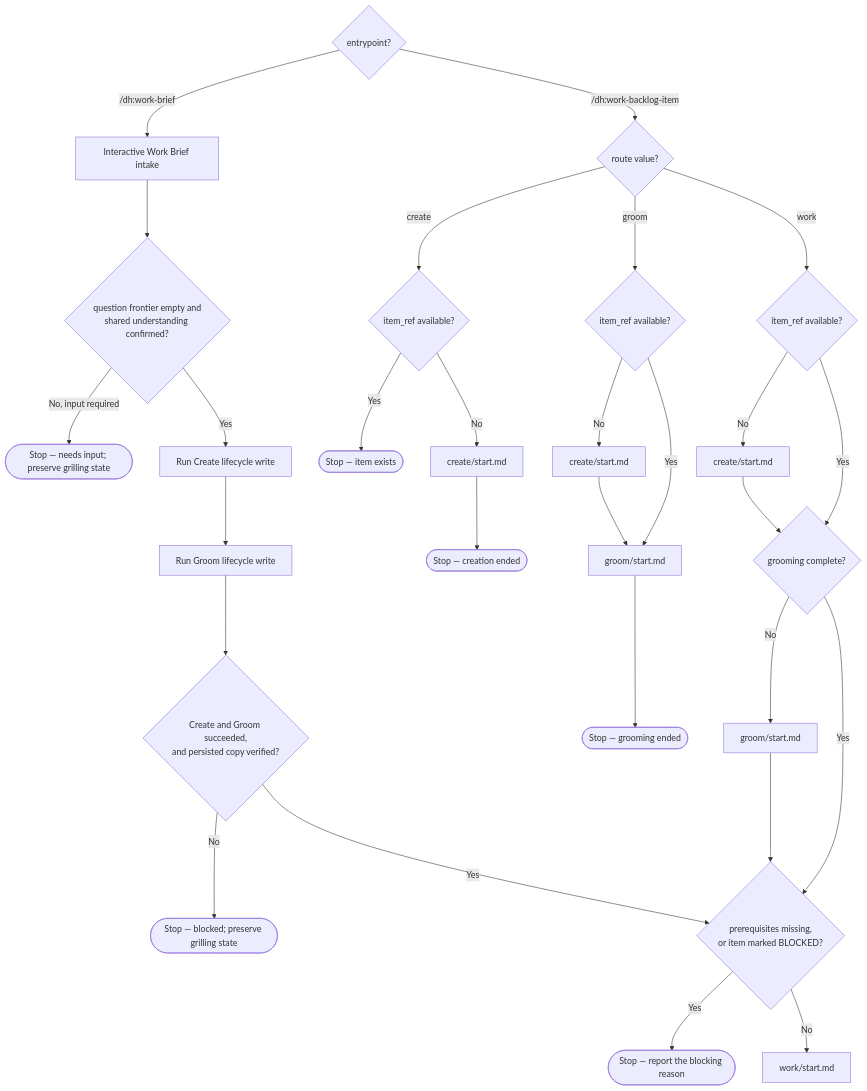
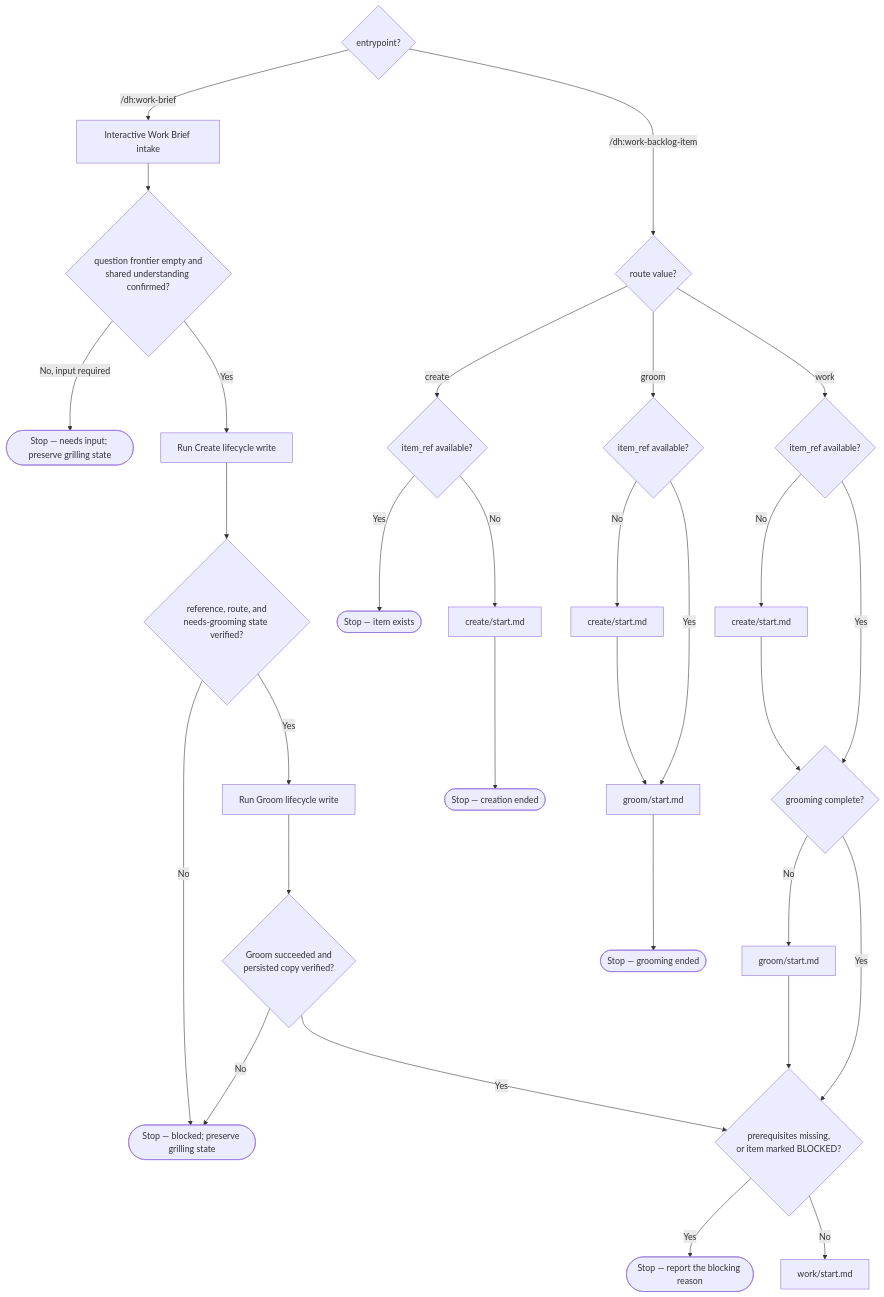
The second of 2 diagrams in plugins/development-harness/docs/backlog-lifecycle.md (Jamie-BitFlight/claude_skills), drawn with Mermaid before and after one commit. The commit also changed other lines of this file and 8 other files, not shown here.

````diff
--- a/plugins/development-harness/docs/backlog-lifecycle.md
+++ b/plugins/development-harness/docs/backlog-lifecycle.md
@@ -138,35 +140,37 @@
 ```mermaid
 flowchart TD
     Entry{"entrypoint?"}
     Entry -->|/dh:work-brief| BriefIntake["Interactive Work Brief intake"]
     BriefIntake --> BriefReady{"question frontier empty and<br>shared understanding confirmed?"}
     BriefReady -->|No, input required| BriefInput(["Stop — needs input; preserve grilling state"])
     BriefReady -->|Yes| BriefCreate["Run Create lifecycle write"]
-    BriefCreate --> BriefGroom["Run Groom lifecycle write"]
-    BriefGroom --> BriefPersisted{"Create and Groom succeeded,<br>and persisted copy verified?"}
-    BriefPersisted -->|No| BriefBlocked(["Stop — blocked; preserve grilling state"])
+    BriefCreate --> BriefCreated{"reference, route, and<br>needs-grooming state verified?"}
+    BriefCreated -->|No| BriefBlocked(["Stop — blocked; preserve grilling state"])
+    BriefCreated -->|Yes| BriefGroom["Run Groom lifecycle write"]
+    BriefGroom --> BriefPersisted{"Groom succeeded and<br>persisted copy verified?"}
+    BriefPersisted -->|No| BriefBlocked
     BriefPersisted -->|Yes| WorkGate
     Entry -->|/dh:work-backlog-item| Route
 
     Route{"route value?"}
     Route -->|create| CreateRef{"item_ref available?"}
     CreateRef -->|Yes| CreateSkip(["Stop — item exists"])
     CreateRef -->|No| Create["create/start.md"]
     Create --> CreateEnd(["Stop — creation ended"])
 
     Route -->|groom| GroomRef{"item_ref available?"}
     GroomRef -->|No| GroomCreate["create/start.md"]
     GroomCreate --> Groom
     GroomRef -->|Yes| Groom["groom/start.md"]
     Groom --> GroomEnd(["Stop — grooming ended"])
 
     Route -->|work| WorkRef{"item_ref available?"}
     WorkRef -->|No| WorkCreate["create/start.md"]
     WorkCreate --> WorkGroomed
     WorkRef -->|Yes| WorkGroomed{"grooming complete?"}
     WorkGroomed -->|No| WorkGroom["groom/start.md"]
     WorkGroom --> WorkGate
     WorkGroomed -->|Yes| WorkGate{"prerequisites missing,<br>or item marked BLOCKED?"}
     WorkGate -->|Yes| WorkStop(["Stop — report the blocking reason"])
     WorkGate -->|No| Work["work/start.md"]
 ```
````
